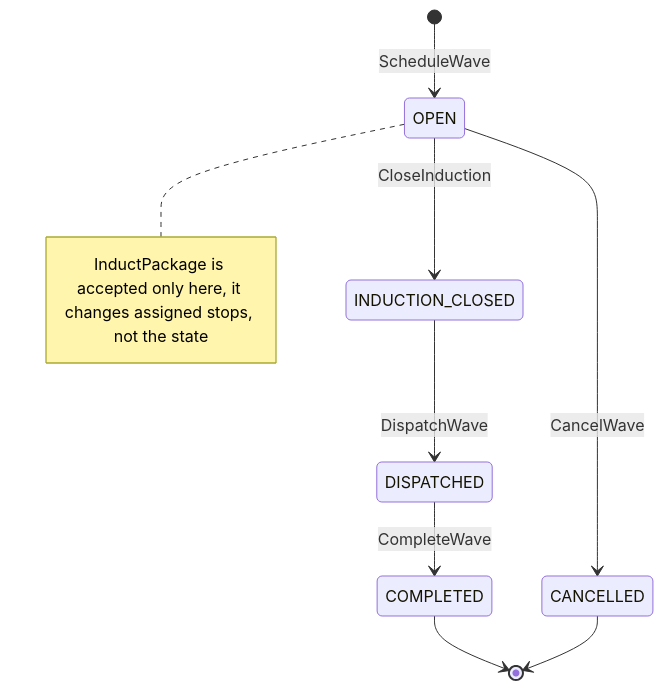
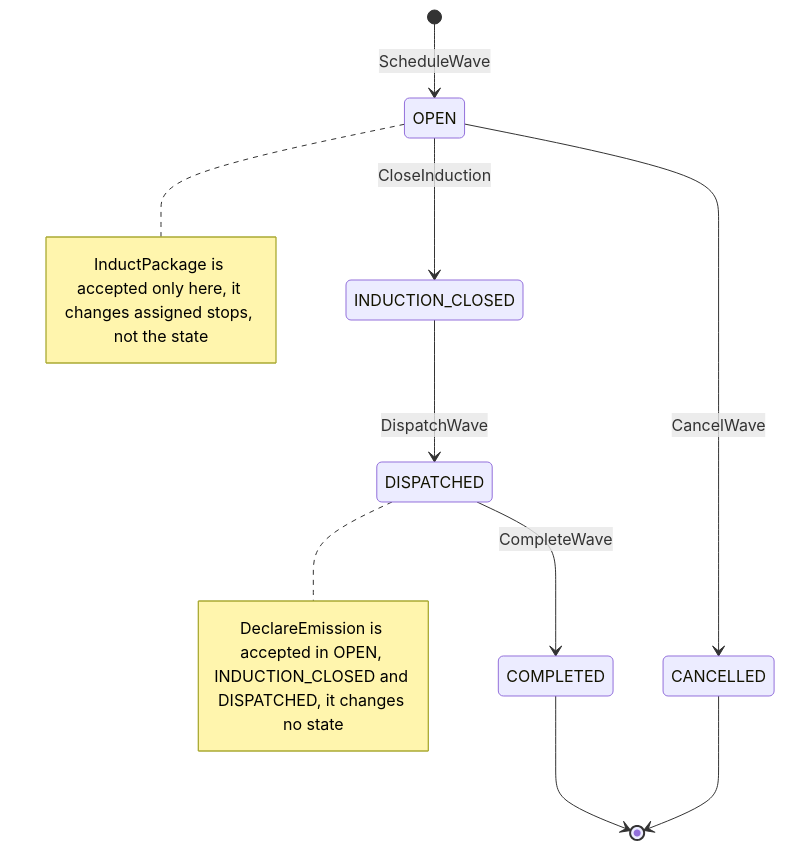
Before and after one commit to IQVO/warehouse-docs: the first of 3 diagrams in network/docs/contexts/last-mile-delivery/aggregate-design-canvas.md, drawn with Mermaid. The commit also changed other lines of this file and 15 other files, not shown here.

````diff
--- a/network/docs/contexts/last-mile-delivery/aggregate-design-canvas.md
+++ b/network/docs/contexts/last-mile-delivery/aggregate-design-canvas.md
@@ -36,13 +39,16 @@
 ```mermaid
 stateDiagram-v2
     [*] --> OPEN: ScheduleWave
     OPEN --> INDUCTION_CLOSED: CloseInduction
     INDUCTION_CLOSED --> DISPATCHED: DispatchWave
     DISPATCHED --> COMPLETED: CompleteWave
     OPEN --> CANCELLED: CancelWave
     COMPLETED --> [*]
     CANCELLED --> [*]
     note right of OPEN
         InductPackage is accepted only here, it changes assigned stops, not the state
     end note
+    note right of DISPATCHED
+        DeclareEmission is accepted in OPEN, INDUCTION_CLOSED and DISPATCHED, it changes no state
+    end note
 ```
````
